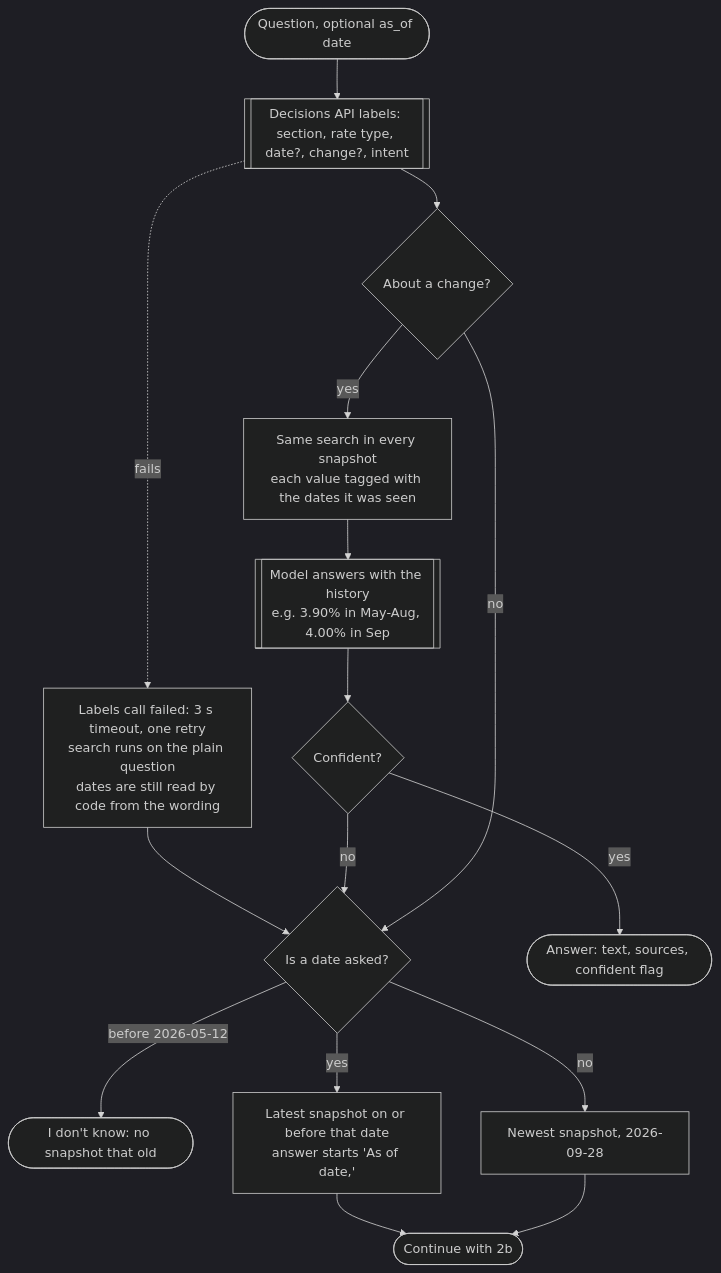
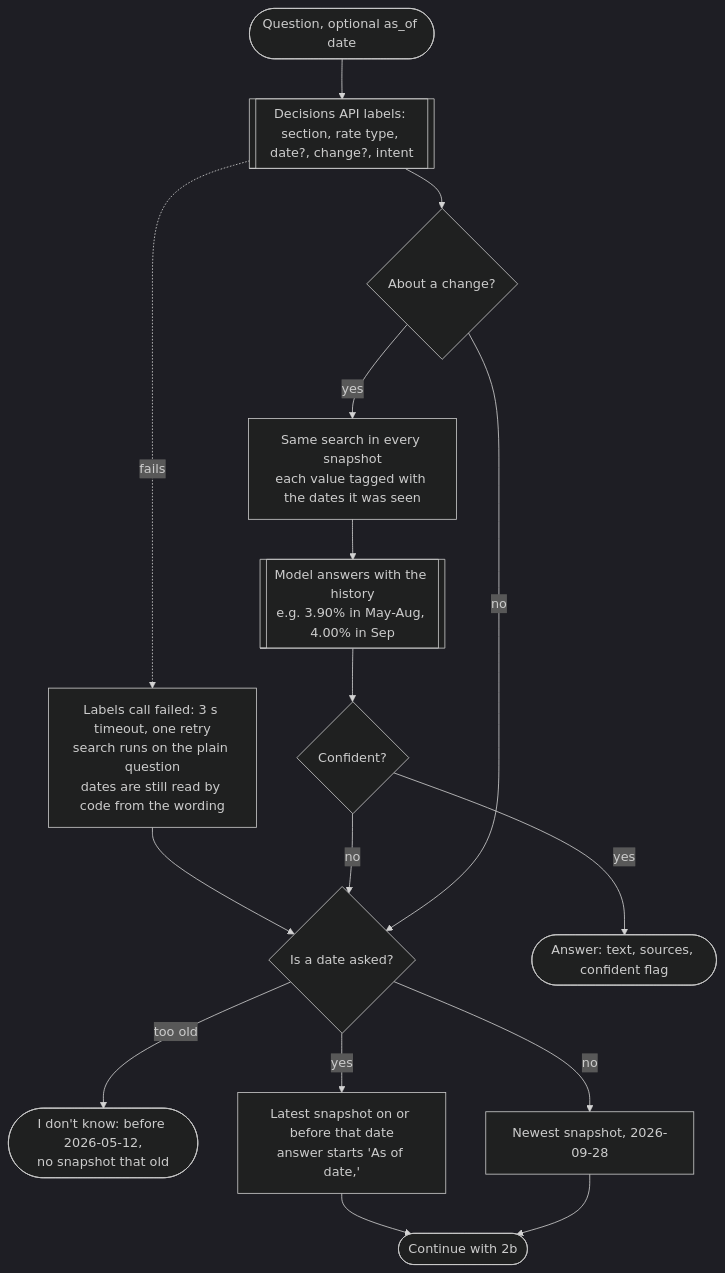
One commit to ajayp/interface-submission changed the second of 4 diagrams in workflow.md. Above: the diagram before and after it, drawn with Mermaid (dark theme). The commit also changed other lines of this file and 1 other file, not shown here.

First line of the commit message:
Docs: shorten remaining Mermaid edge labels in workflow.md and README.md

````diff
--- a/workflow.md
+++ b/workflow.md
@@ -51,18 +51,18 @@
 ```mermaid
 flowchart TD
     Q([Question, optional as_of date]) --> LAB[[Decisions API labels: section, rate type, date?, change?, intent]]
     LAB -. fails .-> NOLAB[Labels call failed: 3 s timeout, one retry<br/>search runs on the plain question<br/>dates are still read by code from the wording]
     NOLAB --> DATE
     LAB --> CHG{About a change?}
     CHG -- yes --> HIST[Same search in every snapshot<br/>each value tagged with the dates it was seen]
     HIST --> HANS[[Model answers with the history<br/>e.g. 3.90% in May-Aug, 4.00% in Sep]]
     HANS --> HOK{Confident?}
     HOK -- yes --> OUT([Answer: text, sources, confident flag])
     HOK -- no --> DATE
     CHG -- no --> DATE{Is a date asked?}
-    DATE -- before 2026-05-12 --> IDK1([I don't know: no snapshot that old])
+    DATE -- too old --> IDK1([I don't know: before 2026-05-12,<br/>no snapshot that old])
     DATE -- yes --> PAST[Latest snapshot on or before that date<br/>answer starts 'As of date,']
     DATE -- no --> NEW[Newest snapshot, 2026-09-28]
     PAST --> NEXT([Continue with 2b])
     NEW --> NEXT
 ```
````
